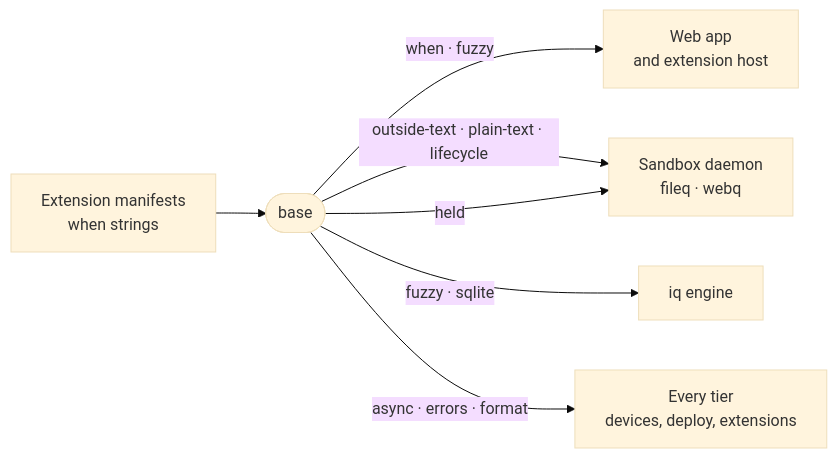
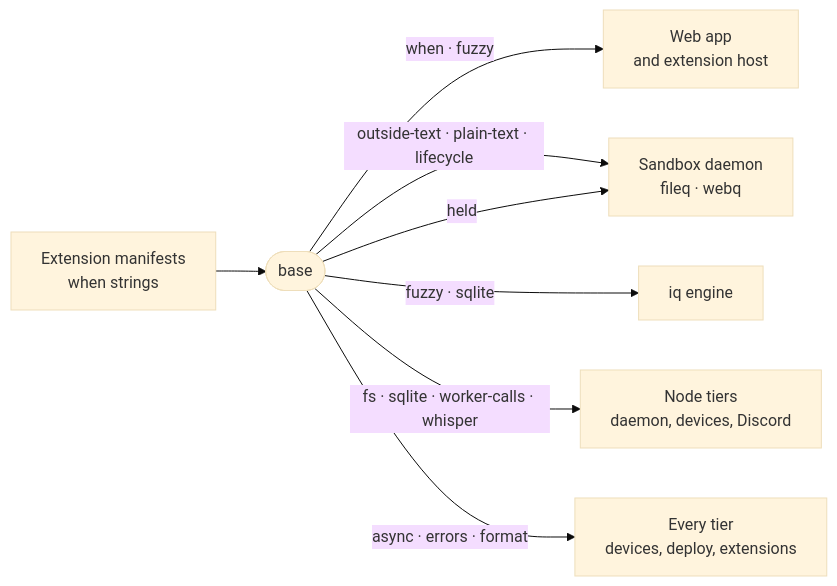
The diagram in _tools/base/README.md (intentic/intentic), drawn with Mermaid (base theme) before and after one commit. The commit also changed other lines of this file and 780 other files, not shown here.

Commit message:
Checking key diff hunks to confirm the main architectural changes.

````diff
--- a/_tools/base/README.md
+++ b/_tools/base/README.md
@@ -5,9 +5,10 @@
 ```mermaid
 flowchart LR
     manifest["Extension manifests<br/>when strings"] --> base(["base"])
     base -->|"when · fuzzy"| web["Web app<br/>and extension host"]
     base -->|"outside-text · plain-text · lifecycle"| daemon["Sandbox daemon<br/>fileq · webq"]
     base -->|"fuzzy · sqlite"| iq["iq engine"]
+    base -->|"fs · sqlite · worker-calls · whisper"| node["Node tiers<br/>daemon, devices, Discord"]
     base -->|"async · errors · format"| rest["Every tier<br/>devices, deploy, extensions"]
     base -->|"held"| daemon
 ```
````
